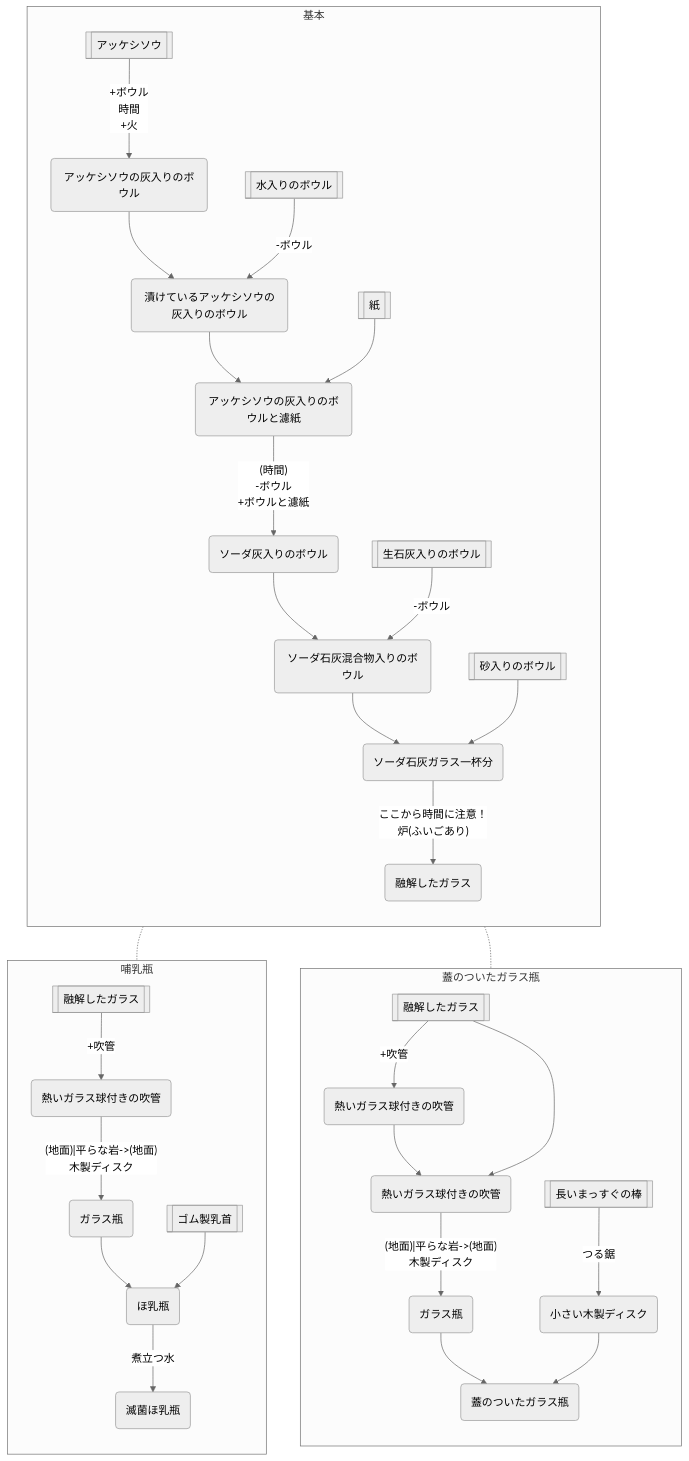
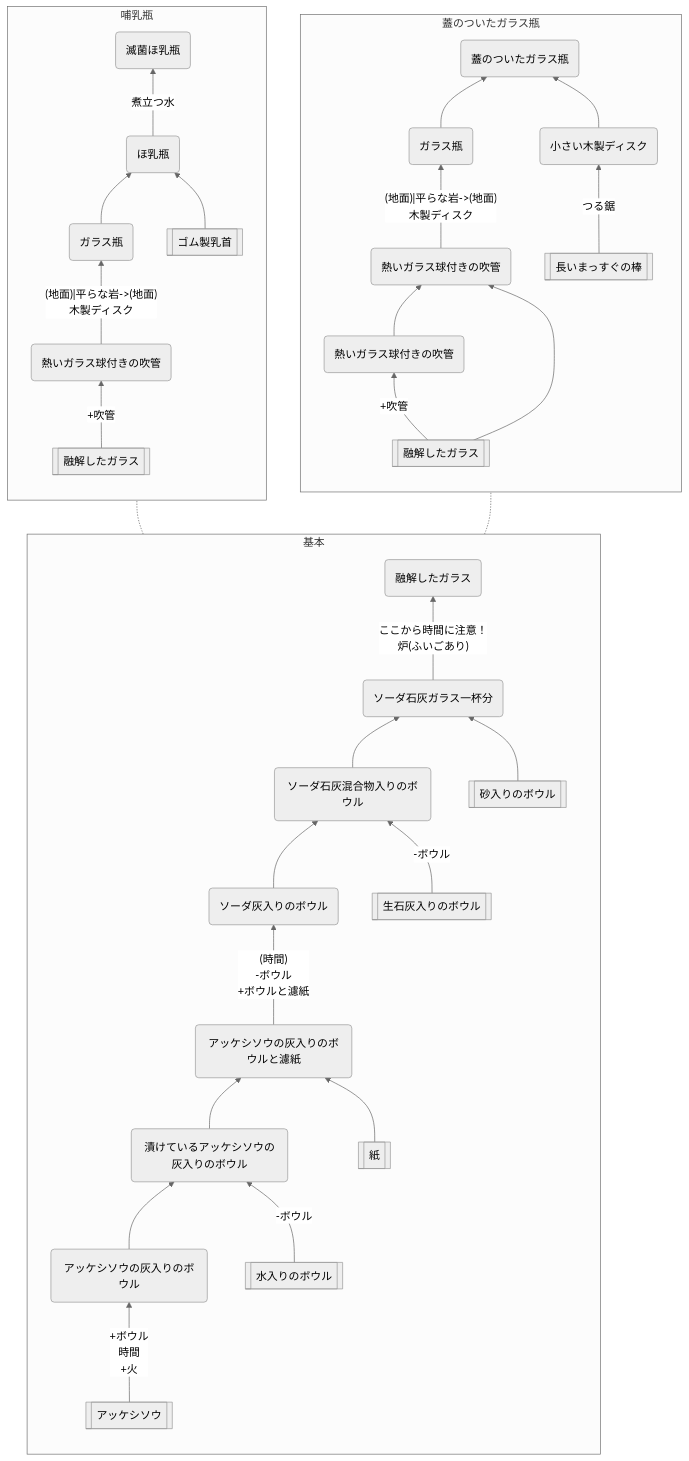
The diagram in Glass.md (aya-0p/yah-craft-recipe), drawn with Mermaid (neutral theme) before and after one commit.

````diff
--- a/Glass.md
+++ b/Glass.md
@@ -2,49 +2,49 @@
 ```mermaid
-flowchart TB
+flowchart BT
 subgraph a [基本]
-direction TB
+direction BT
 aaa[[アッケシソウ]]
 aab[[水入りのボウル]]
 aac[[紙]]
 aad[[生石灰入りのボウル]]
 aae[[砂入りのボウル]]
 
 aaa -->|"+ボウル\n時間\n+火"| aba(アッケシソウの灰入りのボウル)
 aba --> abb(漬けているアッケシソウの灰入りのボウル)
 aab -->|"-ボウル"| abb
 abb --> abc(アッケシソウの灰入りのボウルと濾紙)
 aac --> abc
 abc -->|"(時間)\n-ボウル\n+ボウルと濾紙"| abd(ソーダ灰入りのボウル)
 abd --> abe(ソーダ石灰混合物入りのボウル)
 aad -->|"-ボウル"| abe
 abe --> abf(ソーダ石灰ガラス一杯分)
 aae --> abf
 abf -->|"ここから時間に注意！\n炉(ふいごあり)"| abg(融解したガラス)
 end
 
 subgraph b [蓋のついたガラス瓶]
-direction TB
+direction BT
 baa[[融解したガラス]]
 bab[[長いまっすぐの棒]]
 baa --> |"+吹管"| bba(熱いガラス球付きの吹管)
 bba --> bbb(熱いガラス球付きの吹管)
 baa --> bbb
 bbb -->|"(地面)|平らな岩->(地面)\n木製ディスク"| bbc(ガラス瓶)
 bab -->|つる鋸| bbd(小さい木製ディスク)
 bbc --> bbe(蓋のついたガラス瓶)
 bbd --> bbe
 end
 a -.- baa
 
 subgraph c [哺乳瓶]
-direction TB
+direction BT
 caa[[融解したガラス]]
 cab[[ゴム製乳首]]
 caa --> |"+吹管"| cba(熱いガラス球付きの吹管)
 cba -->|"(地面)|平らな岩->(地面)\n木製ディスク"| cbb(ガラス瓶)
 cbb --> cbc(ほ乳瓶)
 cab --> cbc
 cbc -->|煮立つ水| cbd(滅菌ほ乳瓶)
 end
 a -.- caa
 ```
````
